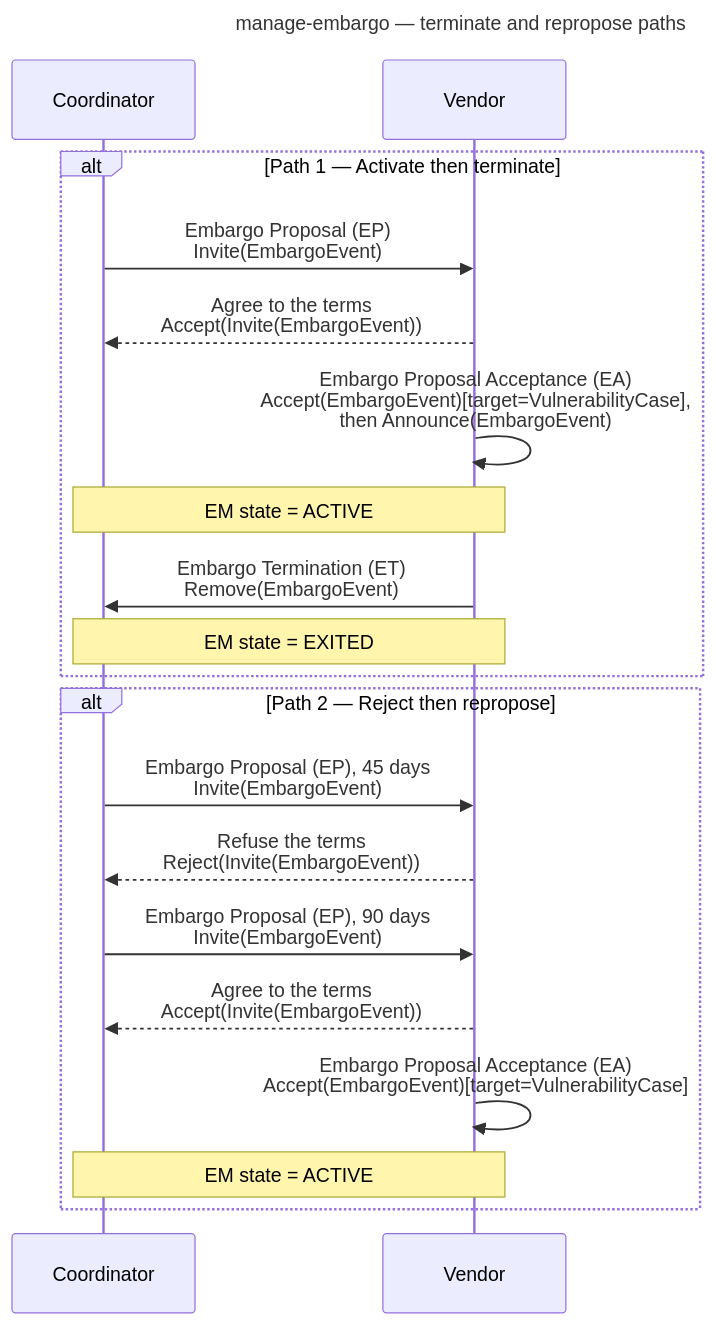
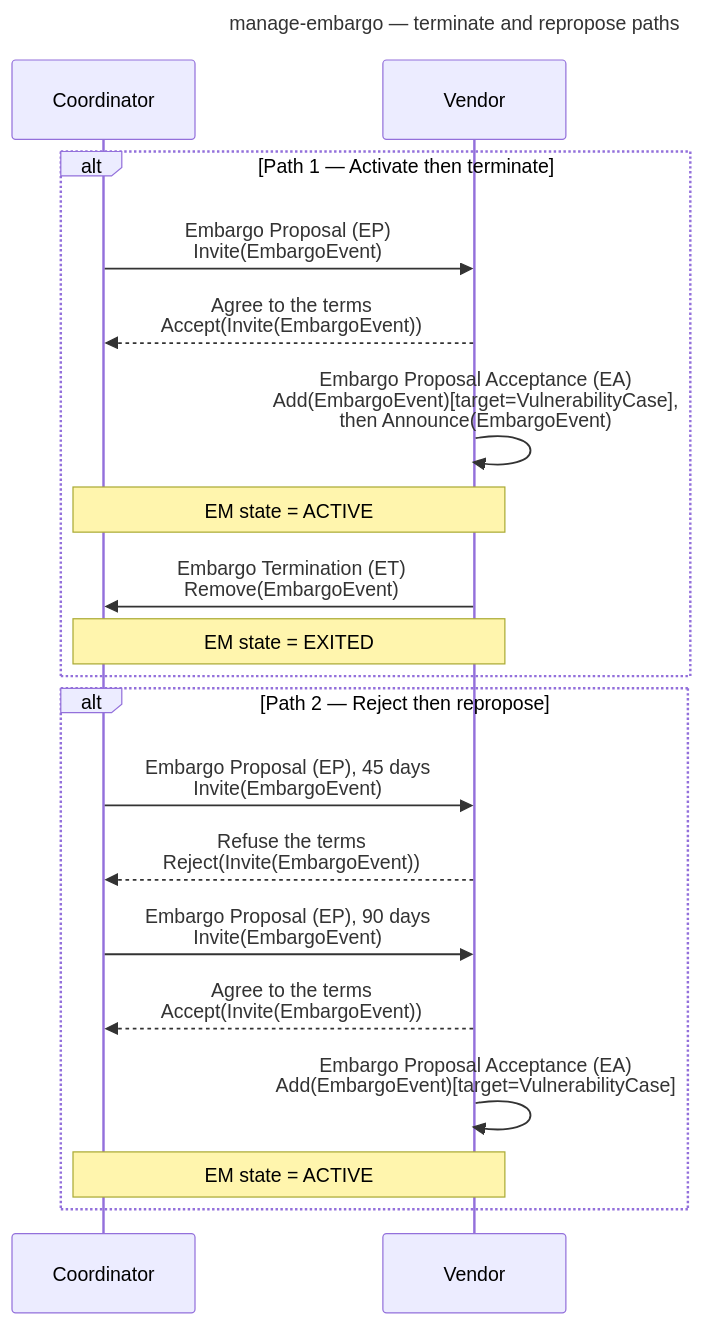
Before and after one commit to CERTCC/Vultron: the seventh of 9 diagrams in docs/tutorials/other_demos.md, drawn with Mermaid. The commit also changed other lines of this file and 109 other files, not shown here.

First line of the commit message:
feat(embargo): the case owner activates with Add(EmbargoEvent) and names the proposal

````diff
--- a/docs/tutorials/other_demos.md
+++ b/docs/tutorials/other_demos.md
@@ -363,26 +363,26 @@
 ```mermaid
 ---
 title: manage-embargo — terminate and repropose paths
 ---
 sequenceDiagram
     participant C as Coordinator
     participant V as Vendor
 
     alt Path 1 — Activate then terminate
         C->>V: Embargo Proposal (EP)<br/>Invite(EmbargoEvent)
         V-->>C: Agree to the terms<br/>Accept(Invite(EmbargoEvent))
-        V->>V: Embargo Proposal Acceptance (EA)<br/>Accept(EmbargoEvent)[target=VulnerabilityCase],<br/>then Announce(EmbargoEvent)
+        V->>V: Embargo Proposal Acceptance (EA)<br/>Add(EmbargoEvent)[target=VulnerabilityCase],<br/>then Announce(EmbargoEvent)
         Note over C,V: EM state = ACTIVE
         V->>C: Embargo Termination (ET)<br/>Remove(EmbargoEvent)
         Note over C,V: EM state = EXITED
     end
 
     alt Path 2 — Reject then repropose
         C->>V: Embargo Proposal (EP), 45 days<br/>Invite(EmbargoEvent)
         V-->>C: Refuse the terms<br/>Reject(Invite(EmbargoEvent))
         C->>V: Embargo Proposal (EP), 90 days<br/>Invite(EmbargoEvent)
         V-->>C: Agree to the terms<br/>Accept(Invite(EmbargoEvent))
-        V->>V: Embargo Proposal Acceptance (EA)<br/>Accept(EmbargoEvent)[target=VulnerabilityCase]
+        V->>V: Embargo Proposal Acceptance (EA)<br/>Add(EmbargoEvent)[target=VulnerabilityCase]
         Note over C,V: EM state = ACTIVE
     end
 ```
````
